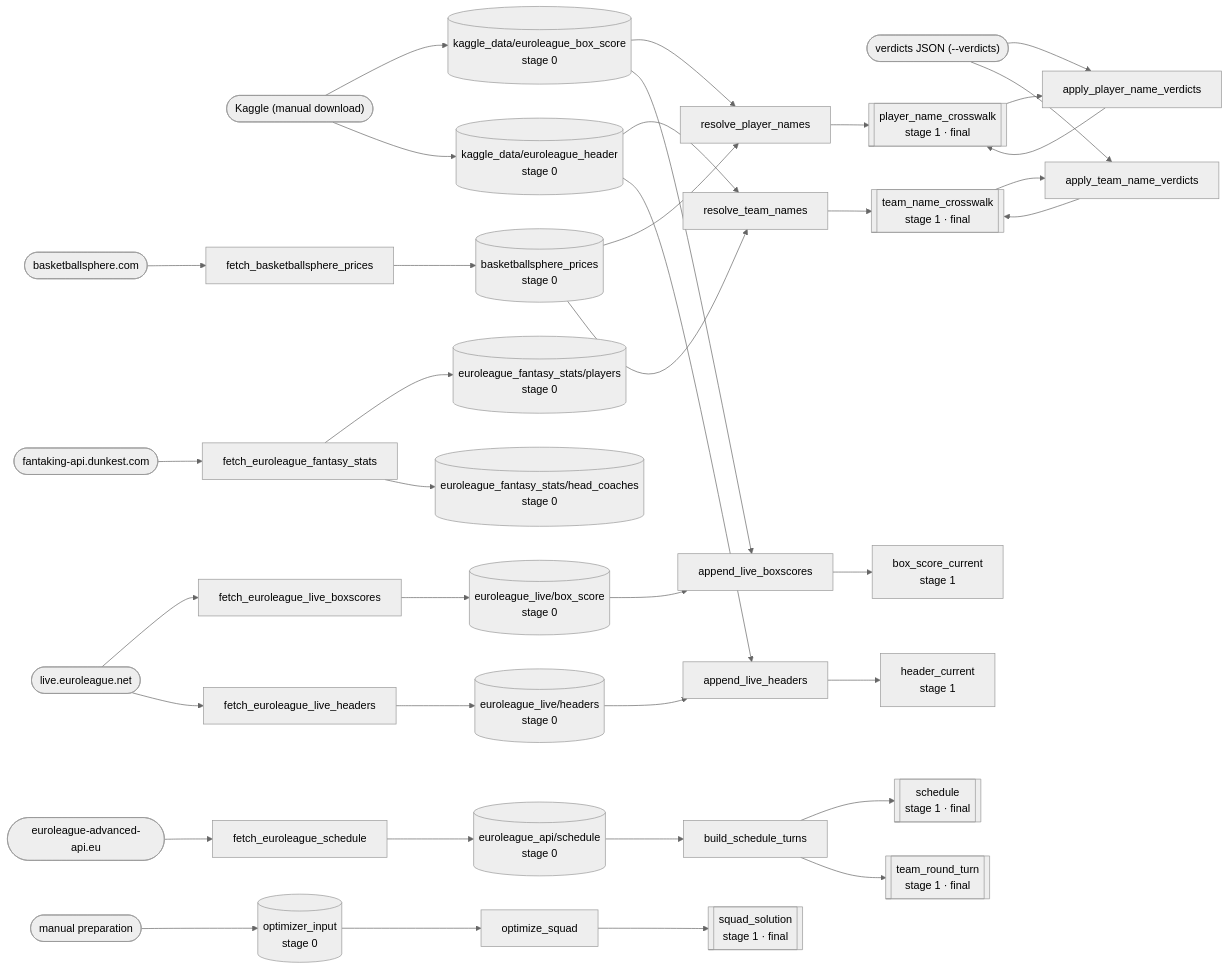
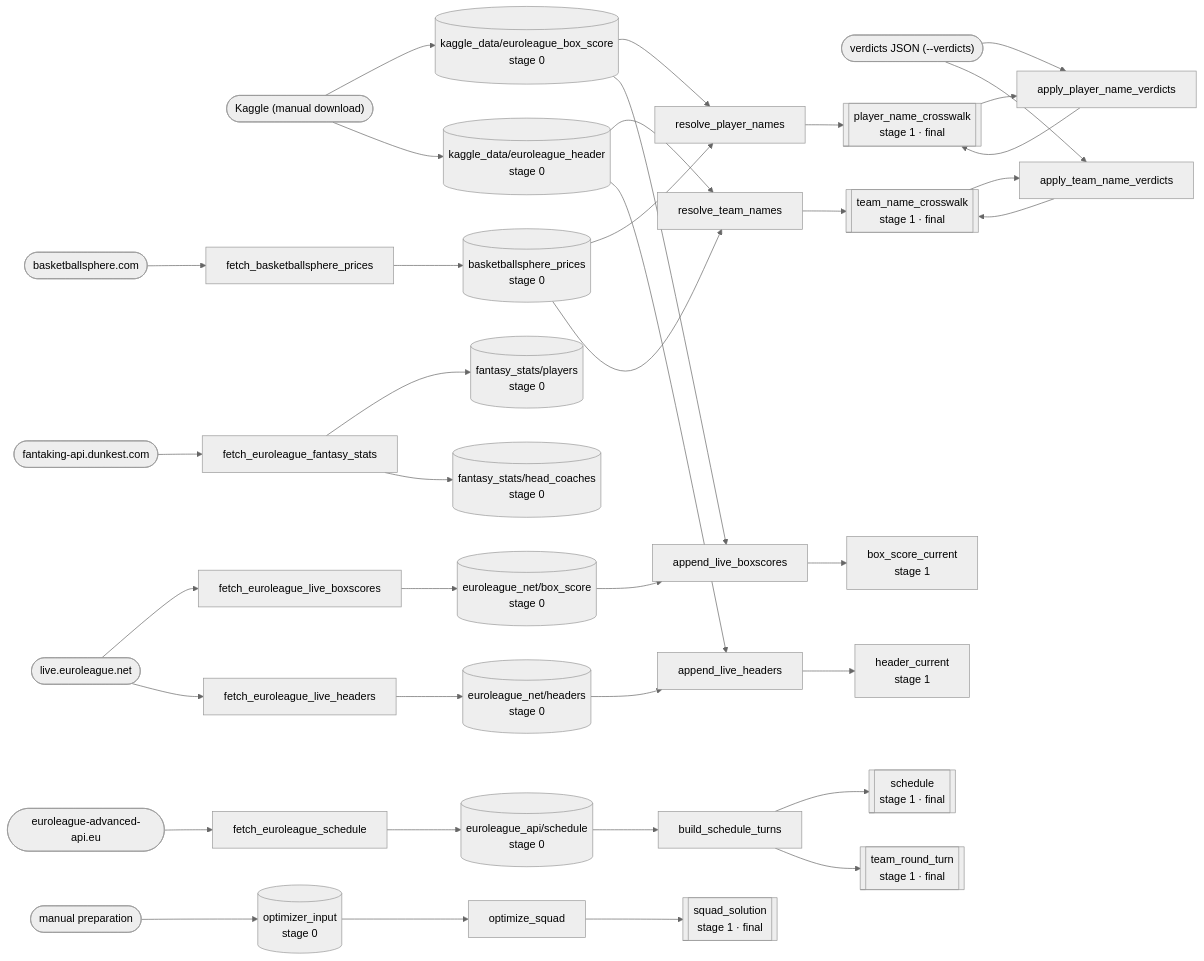
The diagram in docs/data-graph.md (Takfes/indie-euroleague), drawn with Mermaid (neutral theme) before and after one commit. The commit also changed 6 other files, not shown here.

````diff
--- a/docs/data-graph.md
+++ b/docs/data-graph.md
@@ -7,82 +7,82 @@
 ```mermaid
 flowchart LR
     %% external sources
     bs(["basketballsphere.com"])
     dunkest(["fantaking-api.dunkest.com"])
     live(["live.euroleague.net"])
     adv(["euroleague-advanced-api.eu"])
     kaggle(["Kaggle (manual download)"])
     verdicts(["verdicts JSON (--verdicts)"])
     manual(["manual preparation"])
 
     %% scripts
     f_bs["fetch_basketballsphere_prices"]
     f_fs["fetch_euroleague_fantasy_stats"]
     f_live["fetch_euroleague_live_boxscores"]
     f_lhdr["fetch_euroleague_live_headers"]
     f_sched["fetch_euroleague_schedule"]
     b_turns["build_schedule_turns"]
     r_p["resolve_player_names"]
     a_p["apply_player_name_verdicts"]
     r_t["resolve_team_names"]
     a_t["apply_team_name_verdicts"]
     o_sq["optimize_squad"]
     t_app["append_live_boxscores"]
     t_hdr["append_live_headers"]
 
     %% raw datasets (stage 0)
     d_prices[("basketballsphere_prices<br/>stage 0")]
-    d_players[("euroleague_fantasy_stats/players<br/>stage 0")]
-    d_coaches[("euroleague_fantasy_stats/head_coaches<br/>stage 0")]
-    d_live[("euroleague_live/box_score<br/>stage 0")]
-    d_lhdr[("euroleague_live/headers<br/>stage 0")]
+    d_players[("fantasy_stats/players<br/>stage 0")]
+    d_coaches[("fantasy_stats/head_coaches<br/>stage 0")]
+    d_live[("euroleague_net/box_score<br/>stage 0")]
+    d_lhdr[("euroleague_net/headers<br/>stage 0")]
     d_sched[("euroleague_api/schedule<br/>stage 0")]
     d_kbox[("kaggle_data/euroleague_box_score<br/>stage 0")]
     d_khdr[("kaggle_data/euroleague_header<br/>stage 0")]
     d_opt[("optimizer_input<br/>stage 0")]
 
     %% produced datasets
     d_hdrc["header_current<br/>stage 1"]
     d_bsc["box_score_current<br/>stage 1"]
     d_pxw[["player_name_crosswalk<br/>stage 1 · final"]]
     d_txw[["team_name_crosswalk<br/>stage 1 · final"]]
     d_sq[["squad_solution<br/>stage 1 · final"]]
     d_sch[["schedule<br/>stage 1 · final"]]
     d_trt[["team_round_turn<br/>stage 1 · final"]]
 
     bs --> f_bs --> d_prices
     dunkest --> f_fs
     f_fs --> d_players
     f_fs --> d_coaches
     live --> f_live --> d_live
     live --> f_lhdr --> d_lhdr
     adv --> f_sched --> d_sched
     d_sched --> b_turns
     b_turns --> d_sch
     b_turns --> d_trt
     kaggle --> d_kbox
     kaggle --> d_khdr
 
     d_prices --> r_p
     d_kbox --> r_p
     r_p --> d_pxw
     d_pxw --> a_p --> d_pxw
     verdicts --> a_p
 
     d_prices --> r_t
     d_khdr --> r_t
     r_t --> d_txw
     d_txw --> a_t --> d_txw
     verdicts --> a_t
 
     d_kbox --> t_app
     d_live --> t_app
     t_app --> d_bsc
 
     d_khdr --> t_hdr
     d_lhdr --> t_hdr
     t_hdr --> d_hdrc
 
     manual --> d_opt
     d_opt --> o_sq --> d_sq
 ```
````
